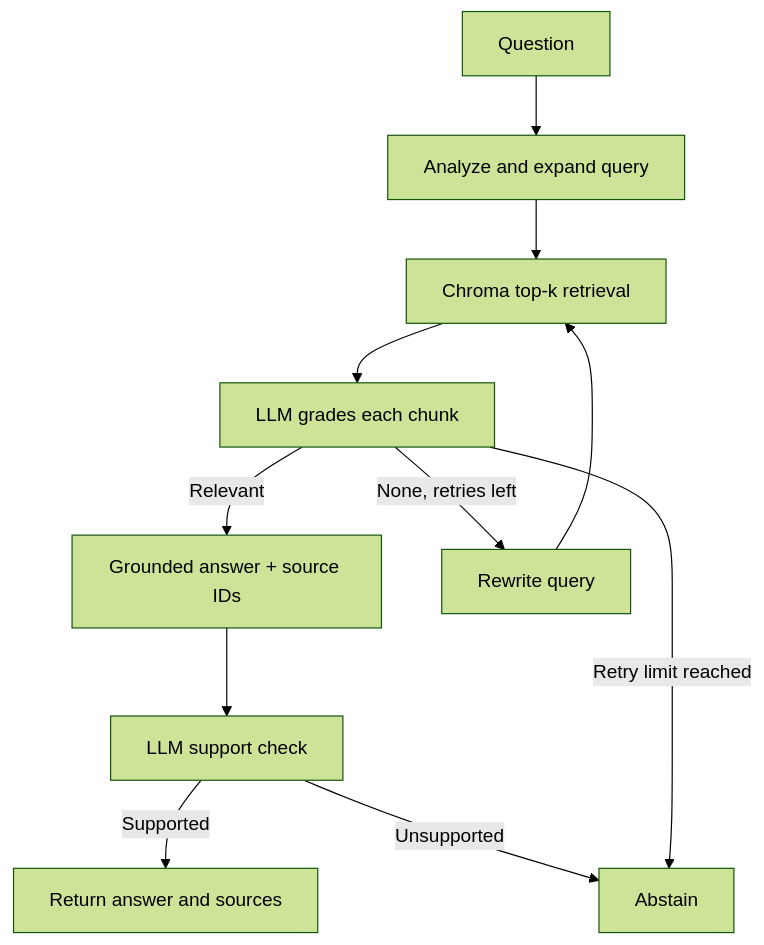
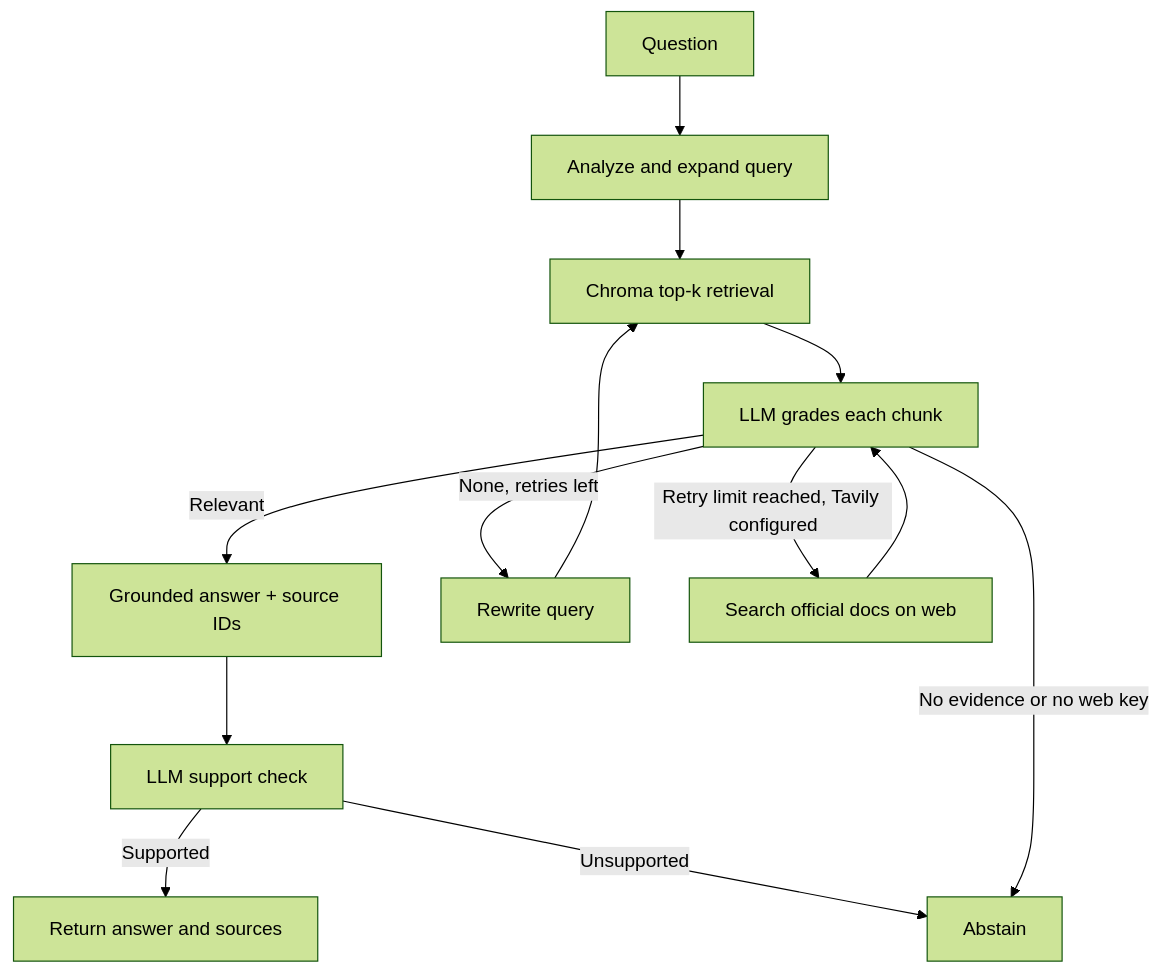
The diagram in README.md (divbytes-prog/intern-assignment), drawn with Mermaid (forest theme) before and after one commit. The commit also changed other lines of this file and 10 other files, not shown here.

Commit message:
Implement assignment bonuses: official web fallback, session memory and Streamlit UI

````diff
--- a/README.md
+++ b/README.md
@@ -30,13 +34,15 @@
 ```mermaid
 flowchart TD
   A["Question"] --> B["Analyze and expand query"]
   B --> C["Chroma top-k retrieval"]
   C --> D["LLM grades each chunk"]
   D -->|Relevant| E["Grounded answer + source IDs"]
   E --> H["LLM support check"]
   H -->|Supported| I["Return answer and sources"]
   H -->|Unsupported| G
   D -->|None, retries left| F["Rewrite query"]
   F --> C
-  D -->|Retry limit reached| G["Abstain"]
+  D -->|Retry limit reached, Tavily configured| W["Search official docs on web"]
+  W --> D
+  D -->|No evidence or no web key| G["Abstain"]
 ```
````
